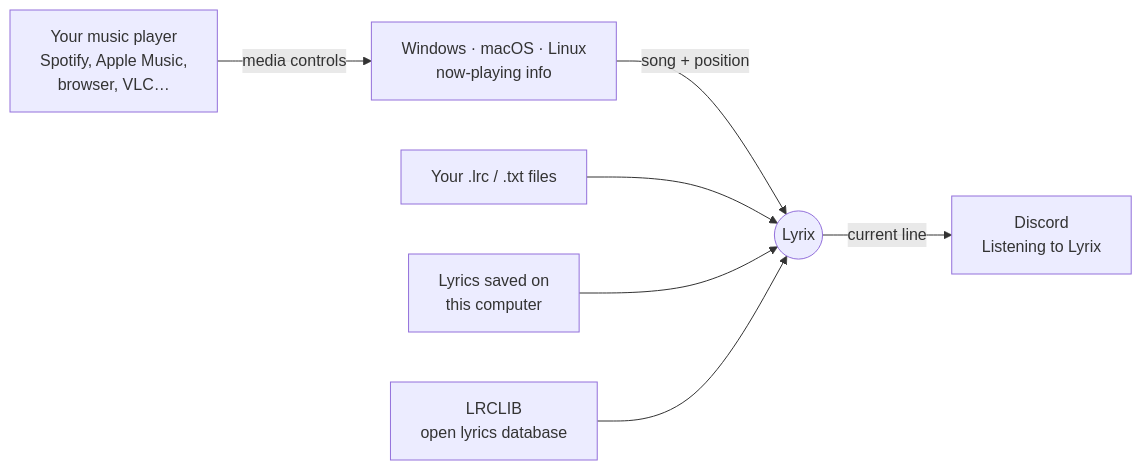
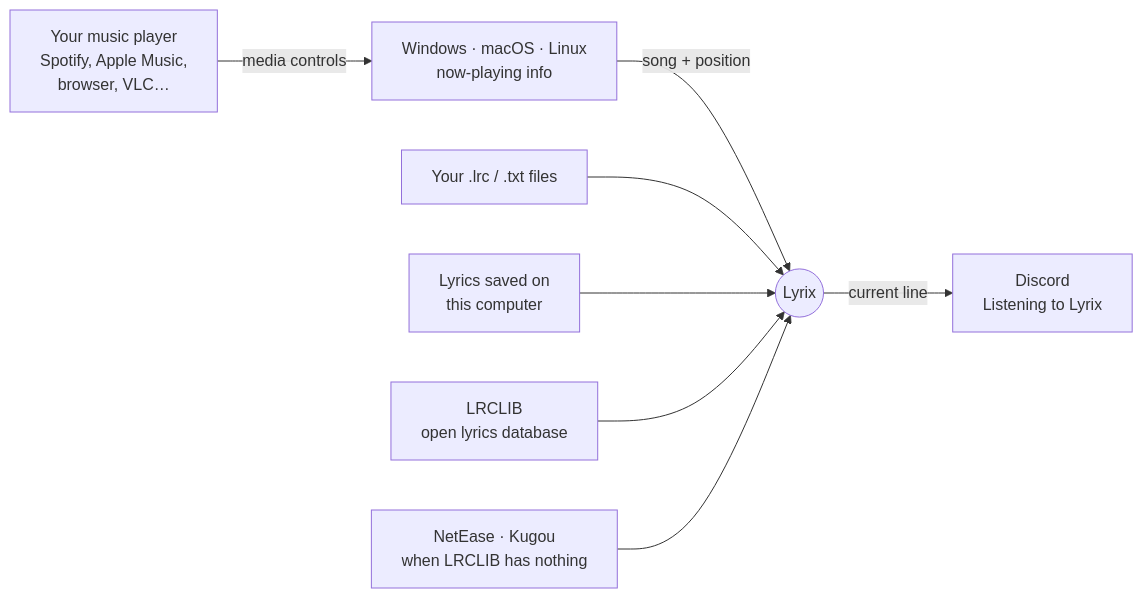
One commit to Ggaming5005/Lyrixx changed the diagram in README.md. Above: the diagram before and after it, drawn with Mermaid. The commit also changed other lines of this file and 18 other files, not shown here.

First line of the commit message:
Find lyrics on NetEase and Kugou when LRCLIB has none

````diff
--- a/README.md
+++ b/README.md
@@ -59,9 +59,10 @@
 ```mermaid
 flowchart LR
     P["Your music player<br/>Spotify, Apple Music,<br/>browser, VLC…"] -->|media controls| OS["Windows · macOS · Linux<br/>now-playing info"]
     OS -->|song + position| L(("Lyrix"))
     F["Your .lrc / .txt files"] --> L
     C["Lyrics saved on<br/>this computer"] --> L
     R["LRCLIB<br/>open lyrics database"] --> L
+    N["NetEase · Kugou<br/>when LRCLIB has nothing"] --> L
     L -->|current line| D["Discord<br/>Listening to Lyrix"]
 ```
````
